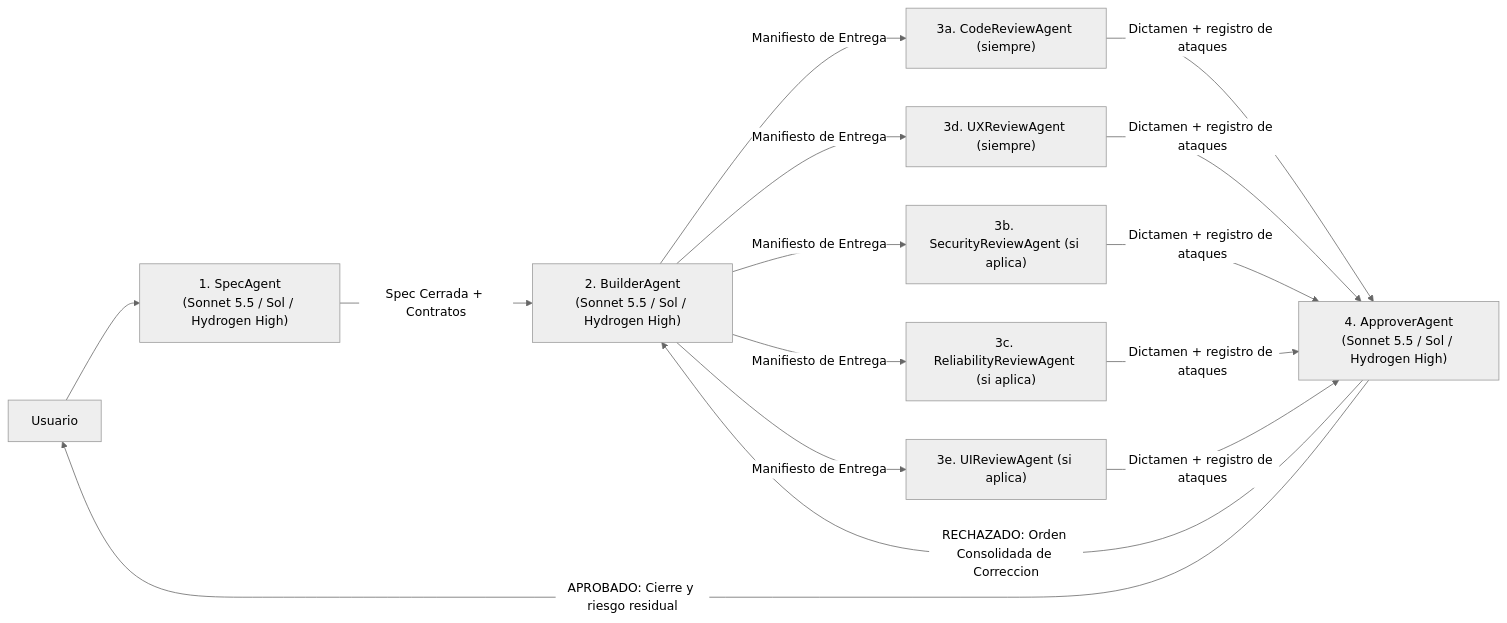
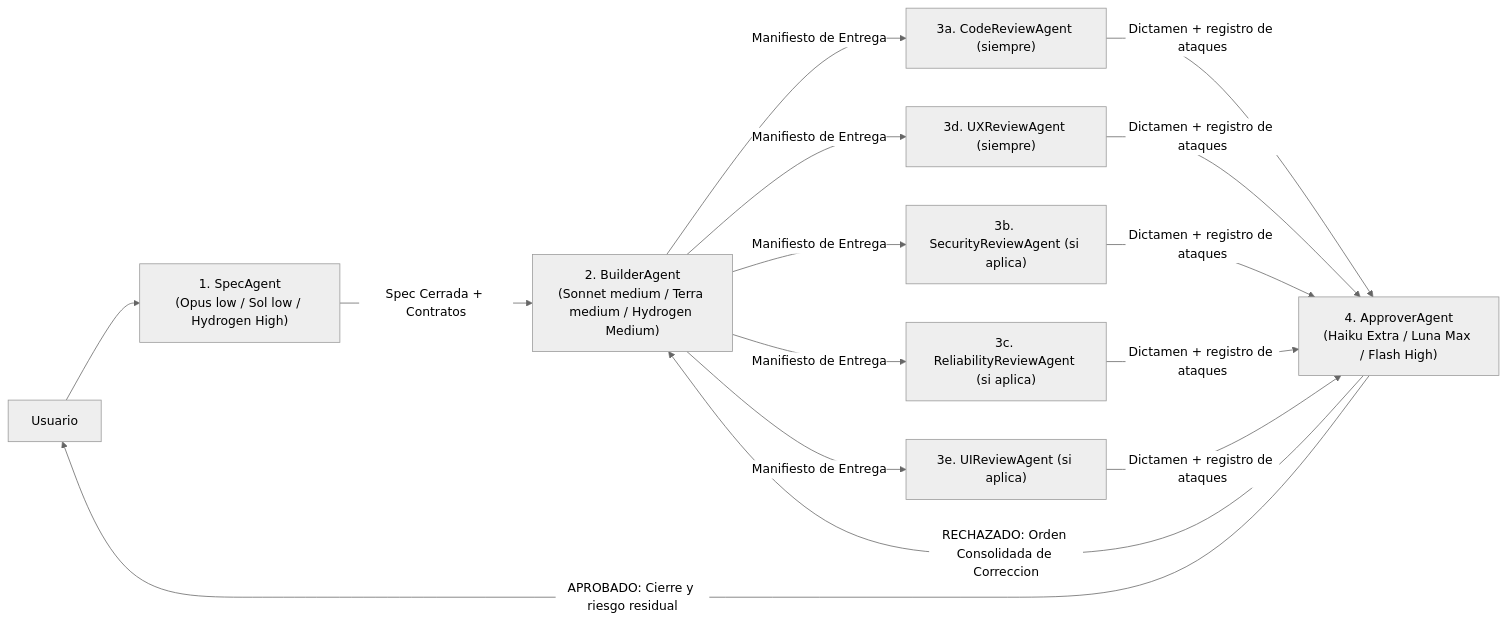
Before and after one commit to Decav/JefeProyectos: the diagram in agents/SpecAgent.md, drawn with Mermaid (neutral theme). The commit also changed other lines of this file and 15 other files, not shown here.

````diff
--- a/agents/SpecAgent.md
+++ b/agents/SpecAgent.md
@@ -155,17 +156,17 @@
 ```mermaid
 flowchart LR
-    U["Usuario"] --> SA["1. SpecAgent\n(Sonnet 5.5 / Sol / Hydrogen High)"]
-    SA -- "Spec Cerrada + Contratos" --> BA["2. BuilderAgent\n(Sonnet 5.5 / Sol / Hydrogen High)"]
+    U["Usuario"] --> SA["1. SpecAgent\n(Opus low / Sol low / Hydrogen High)"]
+    SA -- "Spec Cerrada + Contratos" --> BA["2. BuilderAgent\n(Sonnet medium / Terra medium / Hydrogen Medium)"]
     BA -- "Manifiesto de Entrega" --> CR["3a. CodeReviewAgent (siempre)"]
     BA -- "Manifiesto de Entrega" --> UXR["3d. UXReviewAgent (siempre)"]
     BA -- "Manifiesto de Entrega" --> SEC["3b. SecurityReviewAgent (si aplica)"]
     BA -- "Manifiesto de Entrega" --> REL["3c. ReliabilityReviewAgent (si aplica)"]
     BA -- "Manifiesto de Entrega" --> UIR["3e. UIReviewAgent (si aplica)"]
-    CR -- "Dictamen + registro de ataques" --> AP["4. ApproverAgent\n(Sonnet 5.5 / Sol / Hydrogen High)"]
+    CR -- "Dictamen + registro de ataques" --> AP["4. ApproverAgent\n(Haiku Extra / Luna Max / Flash High)"]
     UXR -- "Dictamen + registro de ataques" --> AP
     SEC -- "Dictamen + registro de ataques" --> AP
     REL -- "Dictamen + registro de ataques" --> AP
     UIR -- "Dictamen + registro de ataques" --> AP
     AP -- "RECHAZADO: Orden Consolidada de Correccion" --> BA
     AP -- "APROBADO: Cierre y riesgo residual" --> U
 ```
````
